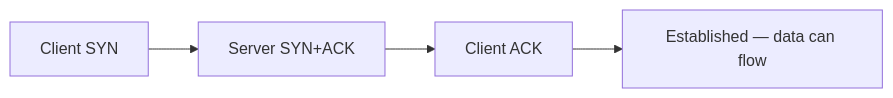
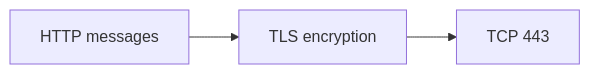
One commit to omnayak27199/pktana changed diagram 13 of 16 in learning/11-protocols-reference.md. Above: the diagram before and after it, drawn with Mermaid. The commit also changed other lines of this file and 14 other files, not shown here.

First line of the commit message:
docs: rewrite Learn path with diagrams, quizzes, and protocol links

````diff
--- a/learning/11-protocols-reference.md
+++ b/learning/11-protocols-reference.md
@@ -285,6 +288,4 @@
 ```mermaid
 flowchart LR
-  A[Client SYN] --> B[Server SYN+ACK]
-  B --> C[Client ACK]
-  C --> D[Established — data can flow]
+  HTTP[HTTP messages] --> TLS[TLS encryption] --> TCP[TCP 443]
 ```
````
